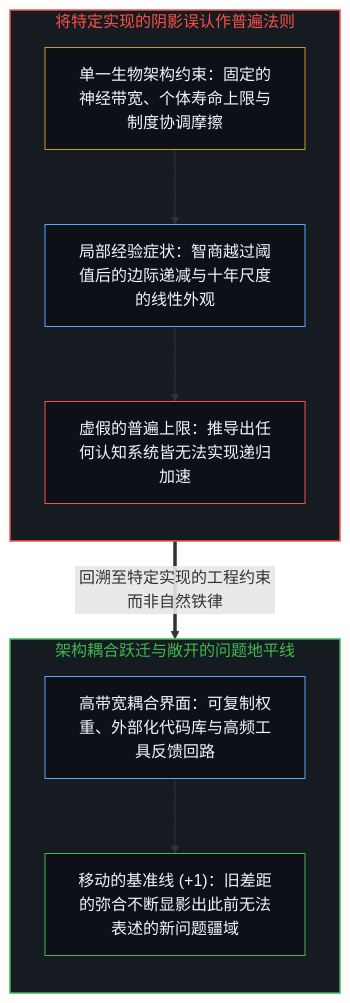
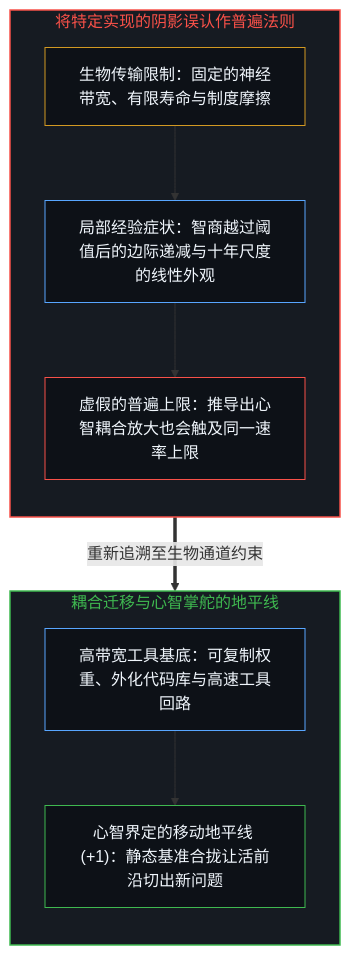
The first of 2 diagrams in content/posts/chollet-intelligence-explosion-analysis.md (powerpig99/not-a-toe), drawn with Mermaid before and after one commit. The commit also changed other lines of this file and 5 other files, not shown here.

````diff
--- a/content/posts/chollet-intelligence-explosion-analysis.md
+++ b/content/posts/chollet-intelligence-explosion-analysis.md
@@ -17,24 +17,24 @@
 ```mermaid
 flowchart TD
     subgraph S_Shadow["将特定实现的阴影误认作普遍法则"]
         direction TB
-        Bio["单一生物架构约束：固定的神经带宽、个体寿命上限与制度协调摩擦"]
+        Bio["生物传输限制：固定的神经带宽、有限寿命与制度摩擦"]
         Obs["局部经验症状：智商越过阈值后的边际递减与十年尺度的线性外观"]
-        Ceiling["虚假的普遍上限：推导出任何认知系统皆无法实现递归加速"]
+        Ceiling["虚假的普遍上限：推导出心智耦合放大也会触及同一速率上限"]
         Bio --> Obs --> Ceiling
     end
-    subgraph S_Object["架构耦合跃迁与敞开的问题地平线"]
+    subgraph S_Object["耦合迁移与心智掌舵的地平线"]
         direction TB
-        Couple["高带宽耦合界面：可复制权重、外部化代码库与高频工具反馈回路"]
-        Shift["移动的基准线 (+1)：旧差距的弥合不断显影出此前无法表述的新问题疆域"]
+        Couple["高带宽工具基底：可复制权重、外化代码库与高速工具回路"]
+        Shift["心智界定的移动地平线 (+1)：静态基准合拢让活前沿切出新问题"]
         Couple --> Shift
     end
-    Obs ==>|"回溯至特定实现的工程约束而非自然铁律"| Couple
+    Obs ==>|"重新追溯至生物通道约束"| Couple
     style S_Shadow fill:#161b22,stroke:#f85149,stroke-width:1.5px,color:#f85149
     style S_Object fill:#161b22,stroke:#3fb950,stroke-width:1.5px,color:#3fb950
     style Bio fill:#0d1117,stroke:#d29922,stroke-width:1px,color:#f0f6fc
     style Obs fill:#0d1117,stroke:#58a6ff,stroke-width:1px,color:#f0f6fc
     style Ceiling fill:#0d1117,stroke:#f85149,stroke-width:1px,color:#f0f6fc
     style Couple fill:#0d1117,stroke:#58a6ff,stroke-width:1px,color:#f0f6fc
     style Shift fill:#0d1117,stroke:#3fb950,stroke-width:1px,color:#f0f6fc
 ```
````
